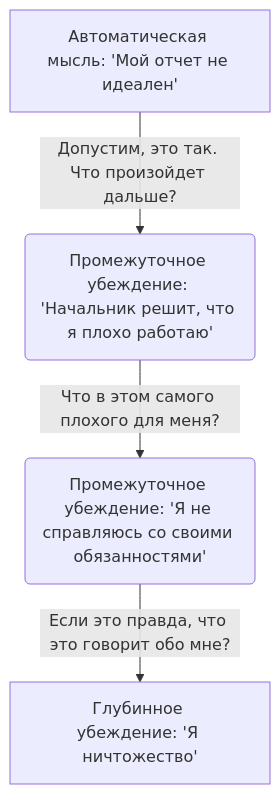
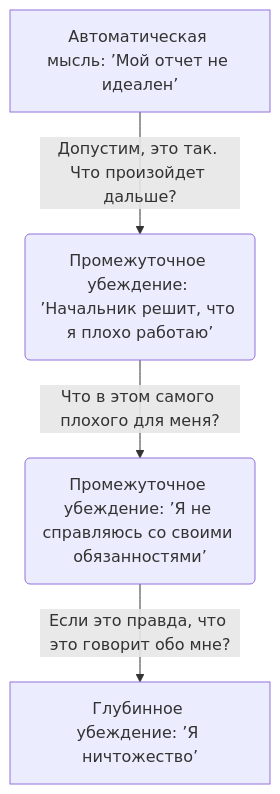
One commit to becasualle/vimutti changed the diagram in content/articles/techniques/padayushchaya-strela-kpt/index.mdx. Above: the diagram before and after it, drawn with Mermaid. The commit also changed 14 other files, not shown here.

Commit message:
fixed mermaid

````diff
--- a/content/articles/techniques/padayushchaya-strela-kpt/index.mdx
+++ b/content/articles/techniques/padayushchaya-strela-kpt/index.mdx
@@ -34,6 +34,6 @@
 ```mermaid
 graph TD
-    A[Автоматическая мысль: 'Мой отчет не идеален'] -->|Допустим, это так. Что произойдет дальше?| B(Промежуточное убеждение: 'Начальник решит, что я плохо работаю')
-    B -->|Что в этом самого плохого для меня?| C(Промежуточное убеждение: 'Я не справляюсь со своими обязанностями')
-    C -->|Если это правда, что это говорит обо мне?| D[Глубинное убеждение: 'Я ничтожество']
+    A[Автоматическая мысль: ’Мой отчет не идеален’] -->|Допустим, это так. Что произойдет дальше?| B(Промежуточное убеждение: ’Начальник решит, что я плохо работаю’)
+    B -->|Что в этом самого плохого для меня?| C(Промежуточное убеждение: ’Я не справляюсь со своими обязанностями’)
+    C -->|Если это правда, что это говорит обо мне?| D[Глубинное убеждение: ’Я ничтожество’]
 ```
````
